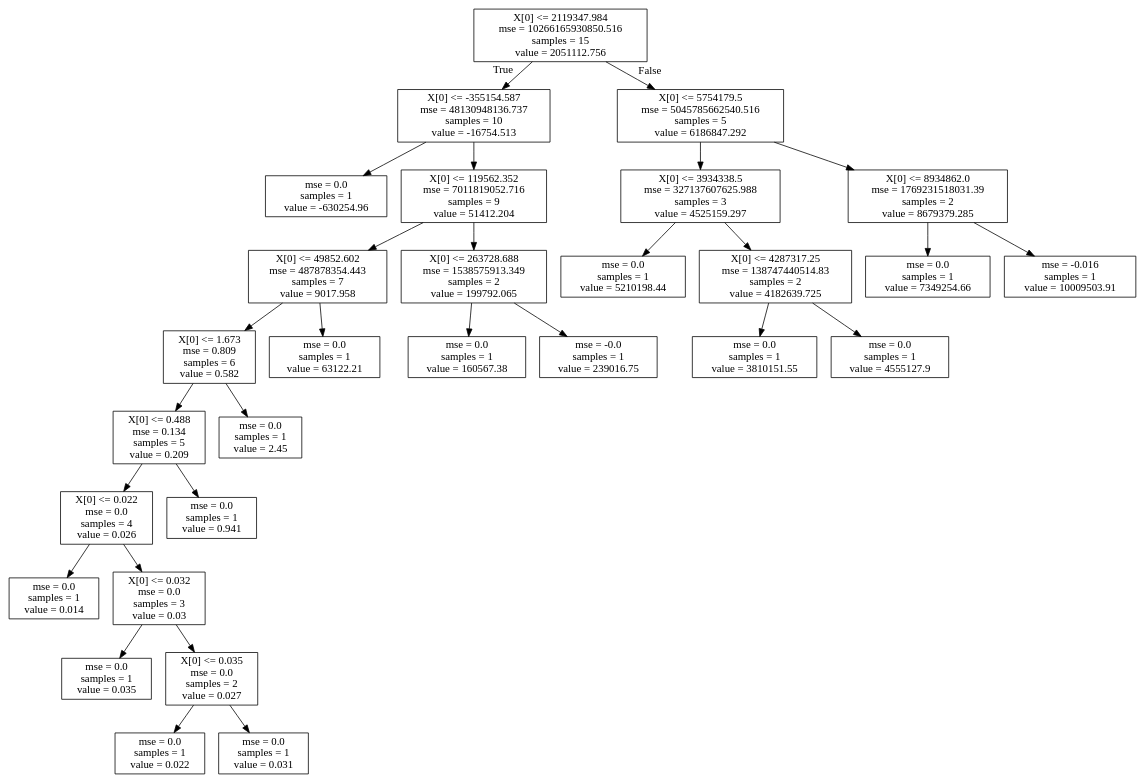
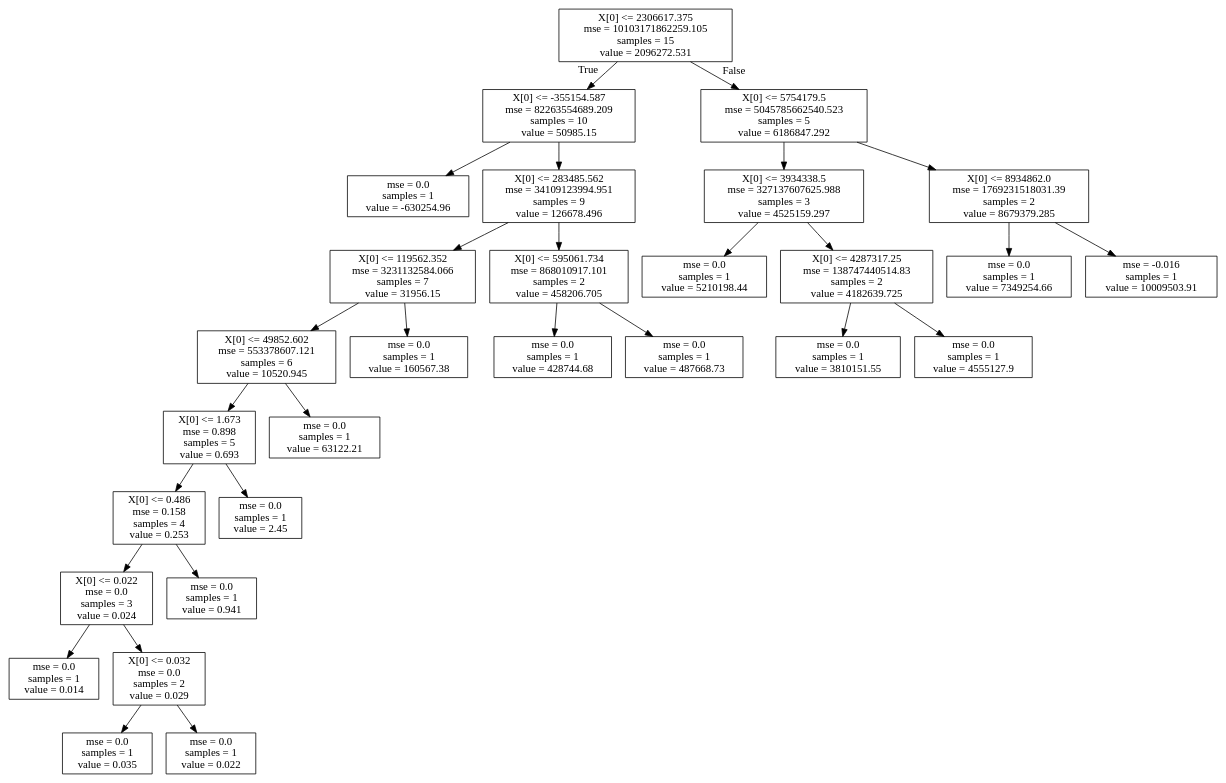
One commit to Dimitrios-Mourtzilas/Business-Strategy changed the diagram in dot_tree.dot. Above: the diagram before and after it, drawn with Graphviz. The commit also changed 12 other files, not shown here.

```diff
--- a/dot_tree.dot
+++ b/dot_tree.dot
@@ -1,60 +1,60 @@
 digraph Tree {
 node [shape=box] ;
-0 [label="X[0] <= 2119347.984\nmse = 10266165930850.516\nsamples = 15\nvalue = 2051112.756"] ;
-1 [label="X[0] <= -355154.587\nmse = 48130948136.737\nsamples = 10\nvalue = -16754.513"] ;
+0 [label="X[0] <= 2306617.375\nmse = 10103171862259.105\nsamples = 15\nvalue = 2096272.531"] ;
+1 [label="X[0] <= -355154.587\nmse = 82263554689.209\nsamples = 10\nvalue = 50985.15"] ;
 0 -> 1 [labeldistance=2.5, labelangle=45, headlabel="True"] ;
 2 [label="mse = 0.0\nsamples = 1\nvalue = -630254.96"] ;
 1 -> 2 ;
-3 [label="X[0] <= 119562.352\nmse = 7011819052.716\nsamples = 9\nvalue = 51412.204"] ;
+3 [label="X[0] <= 283485.562\nmse = 34109123994.951\nsamples = 9\nvalue = 126678.496"] ;
 1 -> 3 ;
-4 [label="X[0] <= 49852.602\nmse = 487878354.443\nsamples = 7\nvalue = 9017.958"] ;
+4 [label="X[0] <= 119562.352\nmse = 3231132584.066\nsamples = 7\nvalue = 31956.15"] ;
 3 -> 4 ;
-5 [label="X[0] <= 1.673\nmse = 0.809\nsamples = 6\nvalue = 0.582"] ;
+5 [label="X[0] <= 49852.602\nmse = 553378607.121\nsamples = 6\nvalue = 10520.945"] ;
 4 -> 5 ;
-6 [label="X[0] <= 0.488\nmse = 0.134\nsamples = 5\nvalue = 0.209"] ;
+6 [label="X[0] <= 1.673\nmse = 0.898\nsamples = 5\nvalue = 0.693"] ;
 5 -> 6 ;
-7 [label="X[0] <= 0.022\nmse = 0.0\nsamples = 4\nvalue = 0.026"] ;
+7 [label="X[0] <= 0.486\nmse = 0.158\nsamples = 4\nvalue = 0.253"] ;
 6 -> 7 ;
-8 [label="mse = 0.0\nsamples = 1\nvalue = 0.014"] ;
+8 [label="X[0] <= 0.022\nmse = 0.0\nsamples = 3\nvalue = 0.024"] ;
 7 -> 8 ;
-9 [label="X[0] <= 0.032\nmse = 0.0\nsamples = 3\nvalue = 0.03"] ;
-7 -> 9 ;
-10 [label="mse = 0.0\nsamples = 1\nvalue = 0.035"] ;
-9 -> 10 ;
-11 [label="X[0] <= 0.035\nmse = 0.0\nsamples = 2\nvalue = 0.027"] ;
-9 -> 11 ;
+9 [label="mse = 0.0\nsamples = 1\nvalue = 0.014"] ;
+8 -> 9 ;
+10 [label="X[0] <= 0.032\nmse = 0.0\nsamples = 2\nvalue = 0.029"] ;
+8 -> 10 ;
+11 [label="mse = 0.0\nsamples = 1\nvalue = 0.035"] ;
+10 -> 11 ;
 12 [label="mse = 0.0\nsamples = 1\nvalue = 0.022"] ;
-11 -> 12 ;
-13 [label="mse = 0.0\nsamples = 1\nvalue = 0.031"] ;
-11 -> 13 ;
-14 [label="mse = 0.0\nsamples = 1\nvalue = 0.941"] ;
+10 -> 12 ;
+13 [label="mse = 0.0\nsamples = 1\nvalue = 0.941"] ;
+7 -> 13 ;
+14 [label="mse = 0.0\nsamples = 1\nvalue = 2.45"] ;
 6 -> 14 ;
-15 [label="mse = 0.0\nsamples = 1\nvalue = 2.45"] ;
+15 [label="mse = 0.0\nsamples = 1\nvalue = 63122.21"] ;
 5 -> 15 ;
-16 [label="mse = 0.0\nsamples = 1\nvalue = 63122.21"] ;
+16 [label="mse = 0.0\nsamples = 1\nvalue = 160567.38"] ;
 4 -> 16 ;
-17 [label="X[0] <= 263728.688\nmse = 1538575913.349\nsamples = 2\nvalue = 199792.065"] ;
+17 [label="X[0] <= 595061.734\nmse = 868010917.101\nsamples = 2\nvalue = 458206.705"] ;
 3 -> 17 ;
-18 [label="mse = 0.0\nsamples = 1\nvalue = 160567.38"] ;
+18 [label="mse = 0.0\nsamples = 1\nvalue = 428744.68"] ;
 17 -> 18 ;
-19 [label="mse = -0.0\nsamples = 1\nvalue = 239016.75"] ;
+19 [label="mse = 0.0\nsamples = 1\nvalue = 487668.73"] ;
 17 -> 19 ;
-20 [label="X[0] <= 5754179.5\nmse = 5045785662540.516\nsamples = 5\nvalue = 6186847.292"] ;
+20 [label="X[0] <= 5754179.5\nmse = 5045785662540.523\nsamples = 5\nvalue = 6186847.292"] ;
 0 -> 20 [labeldistance=2.5, labelangle=-45, headlabel="False"] ;
 21 [label="X[0] <= 3934338.5\nmse = 327137607625.988\nsamples = 3\nvalue = 4525159.297"] ;
 20 -> 21 ;
 22 [label="mse = 0.0\nsamples = 1\nvalue = 5210198.44"] ;
 21 -> 22 ;
 23 [label="X[0] <= 4287317.25\nmse = 138747440514.83\nsamples = 2\nvalue = 4182639.725"] ;
 21 -> 23 ;
 24 [label="mse = 0.0\nsamples = 1\nvalue = 3810151.55"] ;
 23 -> 24 ;
 25 [label="mse = 0.0\nsamples = 1\nvalue = 4555127.9"] ;
 23 -> 25 ;
 26 [label="X[0] <= 8934862.0\nmse = 1769231518031.39\nsamples = 2\nvalue = 8679379.285"] ;
 20 -> 26 ;
 27 [label="mse = 0.0\nsamples = 1\nvalue = 7349254.66"] ;
 26 -> 27 ;
 28 [label="mse = -0.016\nsamples = 1\nvalue = 10009503.91"] ;
 26 -> 28 ;
 }
```
